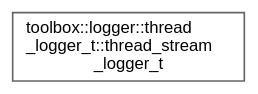
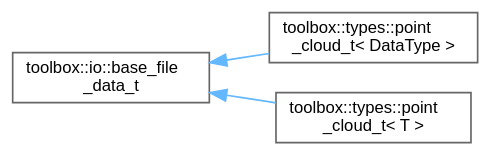
Before and after one commit to nerdneilsfield/cpp-toolbox: the diagram in inherit_graph_40.dot, drawn with Graphviz. The commit also changed 738 other files, not shown here.

```diff
--- a/inherit_graph_40.dot
+++ b/inherit_graph_40.dot
@@ -1,9 +1,13 @@
 digraph "Graphical Class Hierarchy"
 {
  // LATEX_PDF_SIZE
   bgcolor="transparent";
   edge [fontname=Helvetica,fontsize=10,labelfontname=Helvetica,labelfontsize=10];
   node [fontname=Helvetica,fontsize=10,shape=box,height=0.2,width=0.4];
   rankdir="LR";
-  Node0 [id="Node000000",label="toolbox::logger::thread\l_logger_t::thread_stream\l_logger_t",height=0.2,width=0.4,color="grey40", fillcolor="white", style="filled",URL="$classtoolbox_1_1logger_1_1thread__logger__t_1_1thread__stream__logger__t.html",tooltip="用于格式化输出的线程安全流式日志记录器类 / Thread-safe stream logger class for formatted output"];
+  Node0 [id="Node000000",label="toolbox::io::base_file\l_data_t",height=0.2,width=0.4,color="grey40", fillcolor="white", style="filled",URL="$classtoolbox_1_1io_1_1base__file__data__t.html",tooltip="文件数据的基类 / Base class for data loaded from files"];
+  Node0 -> Node1 [id="edge52_Node000000_Node000001",dir="back",color="steelblue1",style="solid",tooltip=" "];
+  Node1 [id="Node000001",label="toolbox::types::point\l_cloud_t\< DataType \>",height=0.2,width=0.4,color="grey40", fillcolor="white", style="filled",URL="$classtoolbox_1_1types_1_1point__cloud__t.html",tooltip=" "];
+  Node0 -> Node2 [id="edge53_Node000000_Node000002",dir="back",color="steelblue1",style="solid",tooltip=" "];
+  Node2 [id="Node000002",label="toolbox::types::point\l_cloud_t\< T \>",height=0.2,width=0.4,color="grey40", fillcolor="white", style="filled",URL="$classtoolbox_1_1types_1_1point__cloud__t.html",tooltip="包含点和相关数据的点云类 / A point cloud class containing points and associated data"];
 }
```
